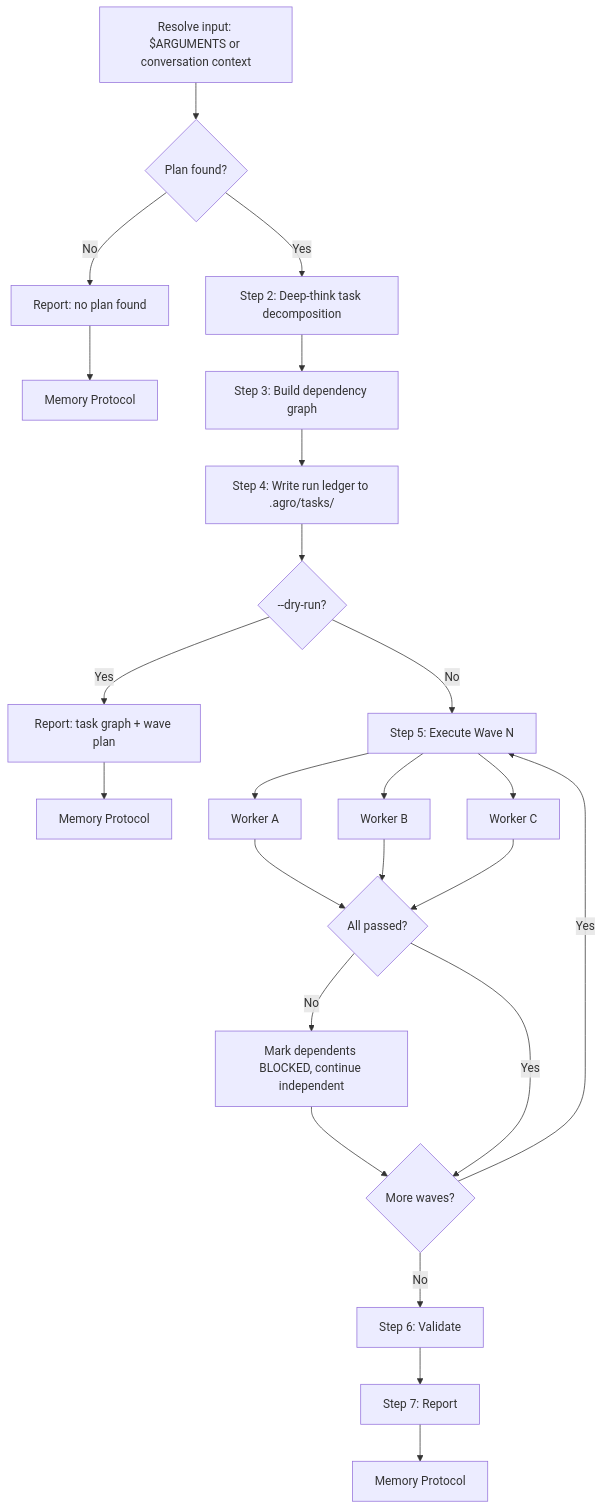
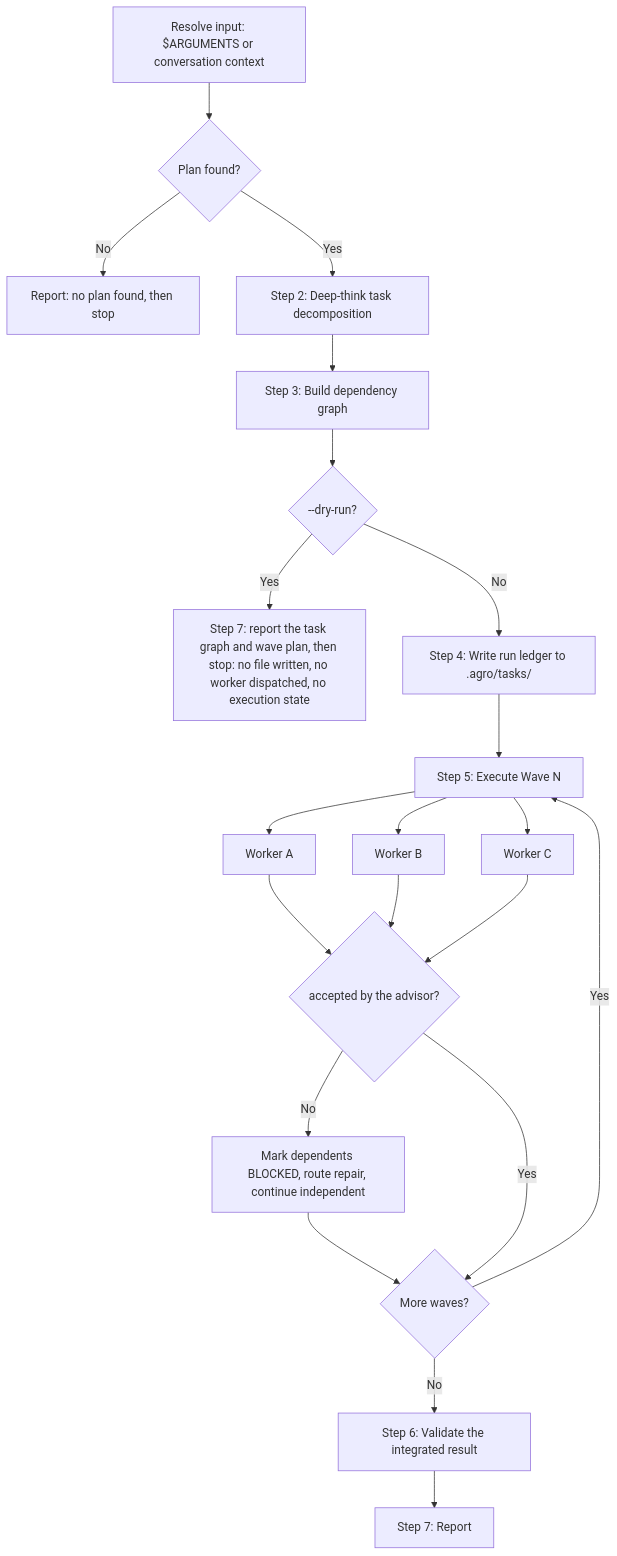
Before and after one commit to ryaneggz/open-harness: the diagram in .agro/skills/delegate/SKILL.md, drawn with Mermaid. The commit also changed other lines of this file and 178 other files, not shown here.

````diff
--- a/.agro/skills/delegate/SKILL.md
+++ b/.agro/skills/delegate/SKILL.md
@@ -121,26 +123,23 @@
 ```mermaid
 flowchart TD
     A["Resolve input: $ARGUMENTS or conversation context"] --> B{Plan found?}
-    B -->|No| FAIL["Report: no plan found"]
-    FAIL --> MEM_FAIL[Memory Protocol]
+    B -->|No| FAIL["Report: no plan found, then stop"]
 
     B -->|Yes| C["Step 2: Deep-think task decomposition"]
     C --> D["Step 3: Build dependency graph"]
-    D --> E["Step 4: Write run ledger to .agro/tasks/"]
-    E --> F{--dry-run?}
-    F -->|Yes| DRY["Report: task graph + wave plan"]
-    DRY --> MEM_DRY[Memory Protocol]
+    D --> F{--dry-run?}
+    F -->|Yes| DRY["Step 7: report the task graph and wave plan, then stop: no file written, no worker dispatched, no execution state"]
 
-    F -->|No| G["Step 5: Execute Wave N"]
+    F -->|No| E["Step 4: Write run ledger to .agro/tasks/"]
+    E --> G["Step 5: Execute Wave N"]
     G --> G1["Worker A"]
     G --> G2["Worker B"]
     G --> G3["Worker C"]
-    G1 & G2 & G3 --> H{All passed?}
-    H -->|No| I["Mark dependents BLOCKED, continue independent"]
+    G1 & G2 & G3 --> H{"accepted by the advisor?"}
+    H -->|No| I["Mark dependents BLOCKED, route repair, continue independent"]
     I --> J{More waves?}
     H -->|Yes| J
     J -->|Yes| G
-    J -->|No| K["Step 6: Validate"]
+    J -->|No| K["Step 6: Validate the integrated result"]
     K --> L["Step 7: Report"]
-    L --> MEM_OP[Memory Protocol]
 ```
````
